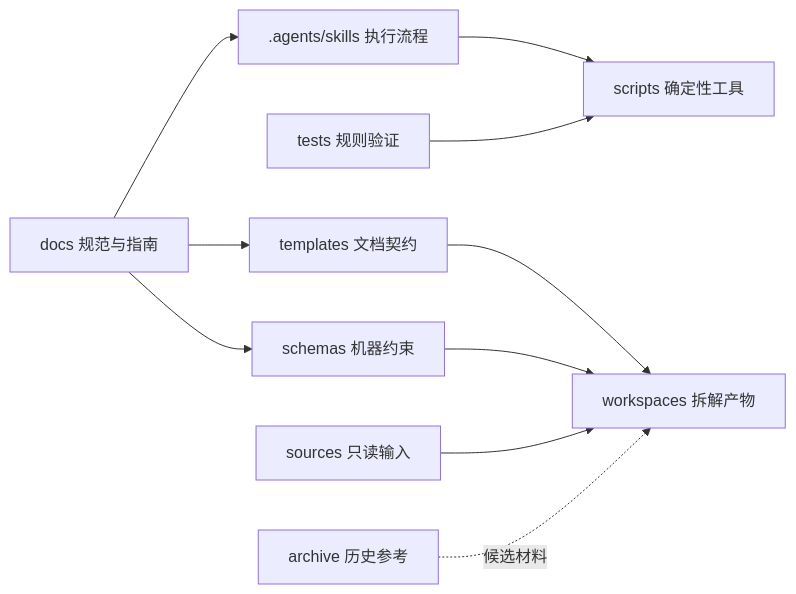
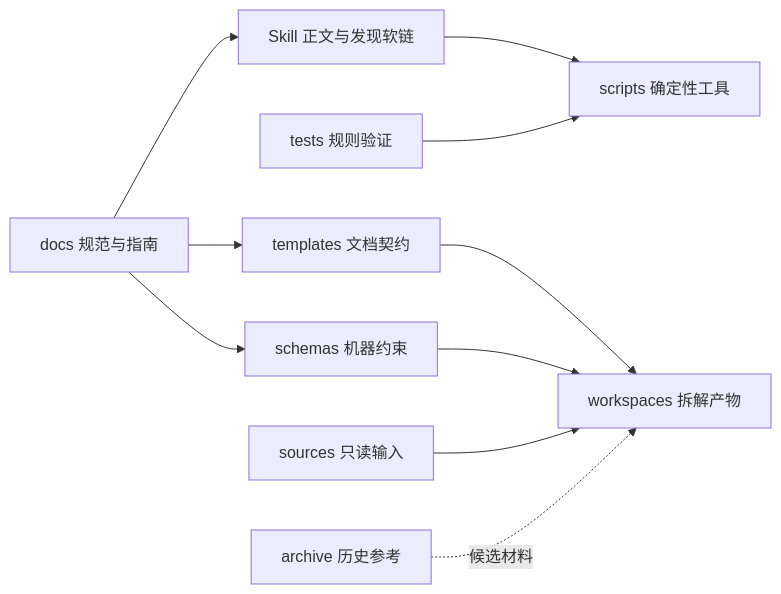
The diagram in docs/architecture.md (xinqingaa/agent-case), drawn with Mermaid before and after one commit. The commit also changed other lines of this file and 74 other files, not shown here.

````diff
--- a/docs/architecture.md
+++ b/docs/architecture.md
@@ -8,12 +8,12 @@
 ```mermaid
 flowchart LR
-    Docs[docs 规范与指南] --> Skill[.agents/skills 执行流程]
+    Docs[docs 规范与指南] --> Skill[Skill 正文与发现软链]
     Docs --> Templates[templates 文档契约]
     Docs --> Schema[schemas 机器约束]
     Skill --> Scripts[scripts 确定性工具]
     Templates --> Workspaces[workspaces 拆解产物]
     Schema --> Workspaces
     Sources[sources 只读输入] --> Workspaces
     Archive[archive 历史参考] -. 候选材料 .-> Workspaces
     Tests[tests 规则验证] --> Scripts
 ```
````
